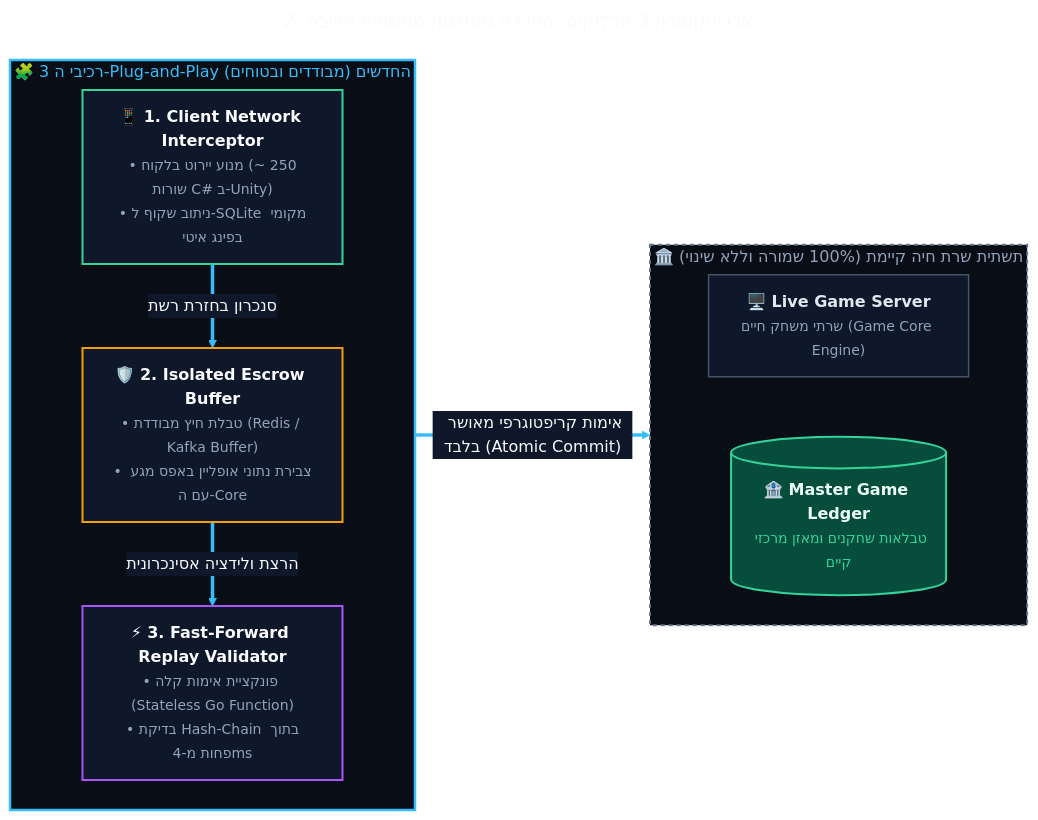
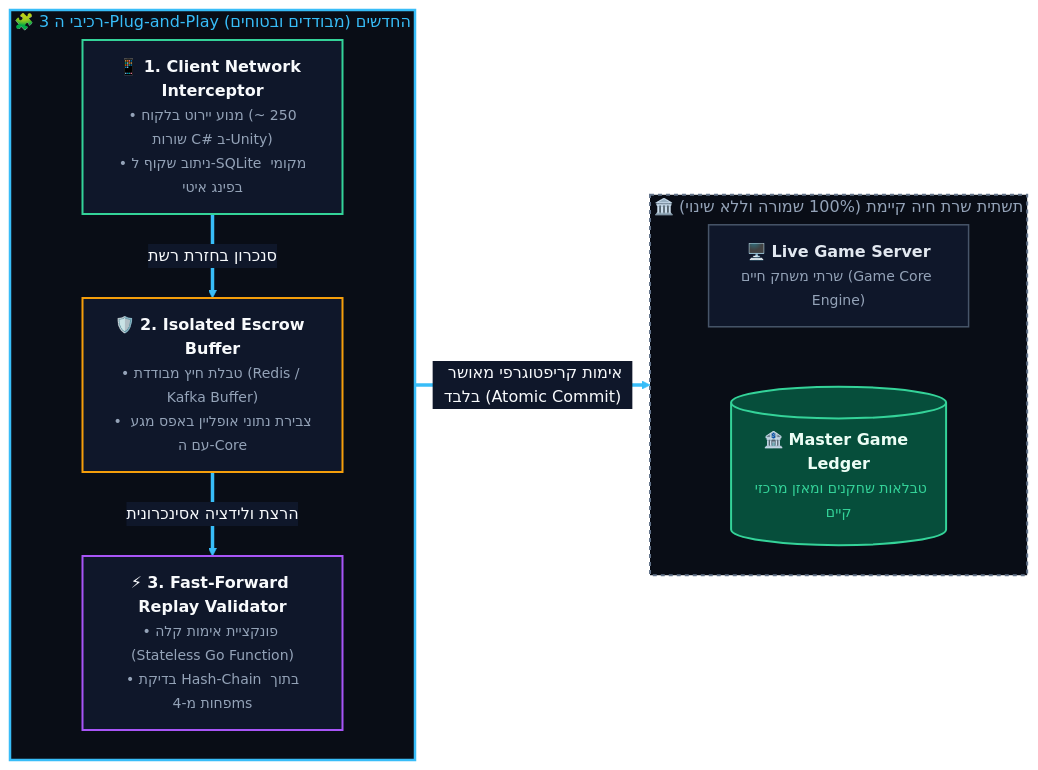
The diagram in prd_final_v5_CEO_chapters/02 - למה זה פשוט ולא מורכב למימוש (The 3-Block Plug-and-Play Simplicity).md (Yuvalalex/MOON-ACTIVE-MUNI-SPINE), drawn with Mermaid before and after one commit. The commit also changed 16 other files, not shown here.

Commit message:
docs: fix mermaid blocks in PRD docs

````diff
--- a/prd_final_v5_CEO_chapters/02 - למה זה פשוט ולא מורכב למימוש (The 3-Block Plug-and-Play Simplicity).md
+++ b/prd_final_v5_CEO_chapters/02 - למה זה פשוט ולא מורכב למימוש (The 3-Block Plug-and-Play Simplicity).md
@@ -30,59 +30,56 @@
 ```mermaid
----
-title: "2. ארכיטקטורת 3 הבלוקים: הפרדה מוחלטת מתשתית הליבה"
----
 %%{init: {
   "theme": "base",
   "themeVariables": {
     "fontFamily": "Segoe UI, Assistant, sans-serif",
     "fontSize": "16px",
     "primaryColor": "#0f172a",
     "primaryTextColor": "#f8fafc",
     "primaryBorderColor": "#38bdf8",
     "lineColor": "#38bdf8",
     "secondaryColor": "#1e293b",
     "tertiaryColor": "#1e293b",
     "edgeLabelBackground": "#0f172a",
     "nodeBorder": "#38bdf8",
     "clusterBkg": "#0b1120",
     "clusterBorder": "#38bdf8"
   },
   "flowchart": { "curve": "basis", "nodeSpacing": 30, "rankSpacing": 35, "padding": 15 },
   "sequence": { "actorMargin": 30, "messageMargin": 30 },
   "state": { "nodeSpacing": 30, "rankSpacing": 35, "titleTopMargin": 15 }
 }}%%
 flowchart LR
 
     subgraph PlugPlay ["🧩 3 רכיבי ה-Plug-and-Play החדשים (מבודדים ובטוחים)"]
         direction TB
         B1["📱 <b>1. Client Network Interceptor</b><br/><span style='font-size:14px;color:#94a3b8;'>• מנוע יירוט בלקוח (~250 שורות C# ב-Unity)<br/>• ניתוב שקוף ל-SQLite מקומי בפינג איטי</span>"]
         B2["🛡️ <b>2. Isolated Escrow Buffer</b><br/><span style='font-size:14px;color:#94a3b8;'>• טבלת חיץ מבודדת (Redis / Kafka Buffer)<br/>• צבירת נתוני אופליין באפס מגע עם ה-Core</span>"]
         B3["⚡ <b>3. Fast-Forward Replay Validator</b><br/><span style='font-size:14px;color:#94a3b8;'>• פונקציית אימות קלה (Stateless Go Function)<br/>• בדיקת Hash-Chain בתוך פחות מ-4ms</span>"]
 
         B1 ==>|"סנכרון בחזרת רשת"| B2
         B2 ==>|"הרצת ולידציה אסינכרונית"| B3
     end
 
     subgraph Legacy ["🏛️ תשתית שרת חיה קיימת (100% שמורה וללא שינוי)"]
         direction TB
         LiveServer["🖥️ <b>Live Game Server</b><br/><span style='font-size:14px;color:#94a3b8;'>שרתי משחק חיים (Game Core Engine)</span>"]
         LiveLedger[("🏦 <b>Master Game Ledger</b><br/><span style='font-size:14px;color:#34d399;'>טבלאות שחקנים ומאזן מרכזי קיים</span>")]
         
         LiveServer ~~~ LiveLedger
     end
 
     B3 ==>|"אימות קריפטוגרפי מאושר בלבד (Atomic Commit)"| LiveLedger
 
     %% מסגרות חיצוניות - רקע כהה ועמוק
     style PlugPlay fill:#090d16,stroke:#38bdf8,stroke-width:2.5px,color:#38bdf8
     style Legacy fill:#090d16,stroke:#64748b,stroke-width:2px,stroke-dasharray: 4 4,color:#94a3b8
 
     %% כרטיסים פנימיים כהים עם מסגרות ניאון מובחנות
     style B1 fill:#0f172a,stroke:#34d399,stroke-width:2px,color:#f8fafc
     style B2 fill:#0f172a,stroke:#f59e0b,stroke-width:2px,color:#f8fafc
     style B3 fill:#0f172a,stroke:#a855f7,stroke-width:2px,color:#f8fafc
 
     %% כרטיסי תשתית קיימת
     style LiveServer fill:#0f172a,stroke:#475569,stroke-width:1.5px,color:#e2e8f0
     style LiveLedger fill:#064e3b,stroke:#34d399,stroke-width:2px,color:#ecfdf5
 ```
````
